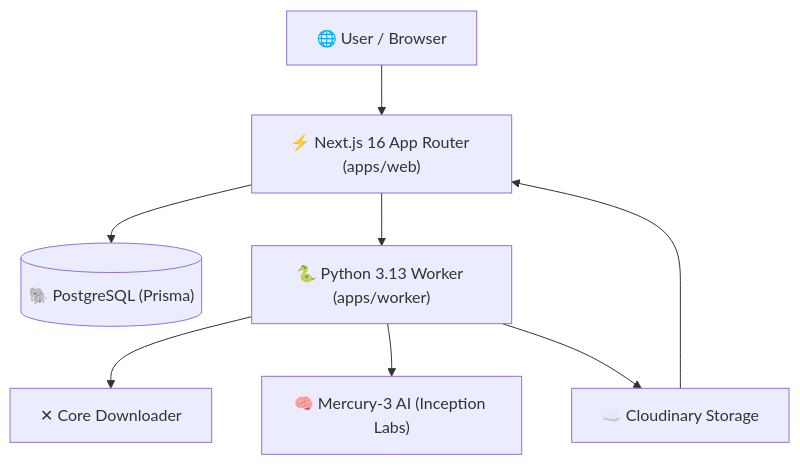
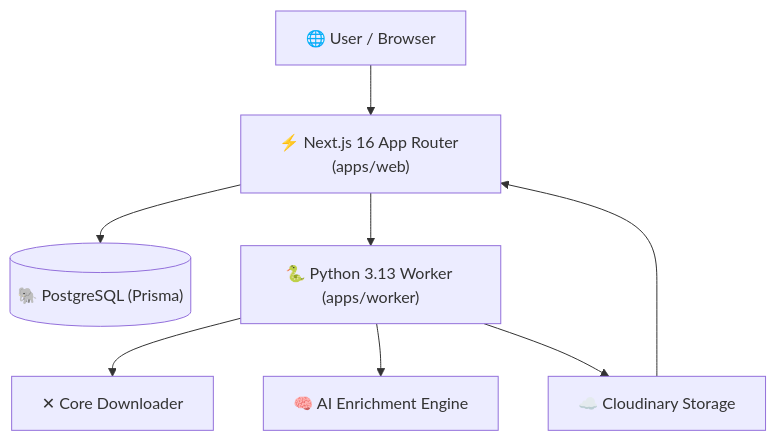
One commit to aiankurverma/grab changed the diagram in README.md. Above: the diagram before and after it, drawn with Mermaid. The commit also changed other lines of this file, not shown here.

````diff
--- a/README.md
+++ b/README.md
@@ -30,10 +29,10 @@
 ```mermaid
 flowchart TD
     User["🌐 User / Browser"] --> Web["⚡ Next.js 16 App Router (apps/web)"]
     Web --> DB[("🐘 PostgreSQL (Prisma)")]
     Web --> Worker["🐍 Python 3.13 Worker (apps/worker)"]
     Worker --> YTDLP["✕ Core Downloader"]
-    Worker --> Mercury["🧠 Mercury-3 AI (Inception Labs)"]
+    Worker --> Mercury["🧠 AI Enrichment Engine"]
     Worker --> Cloudinary["☁️ Cloudinary Storage"]
     Cloudinary --> Web
 ```
````
